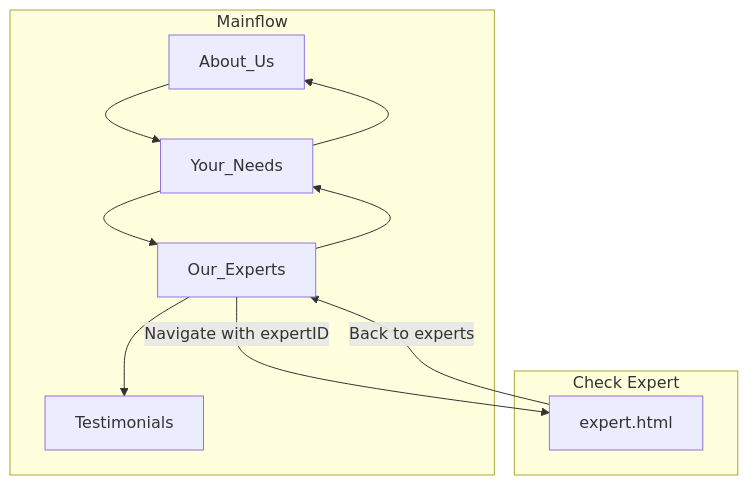
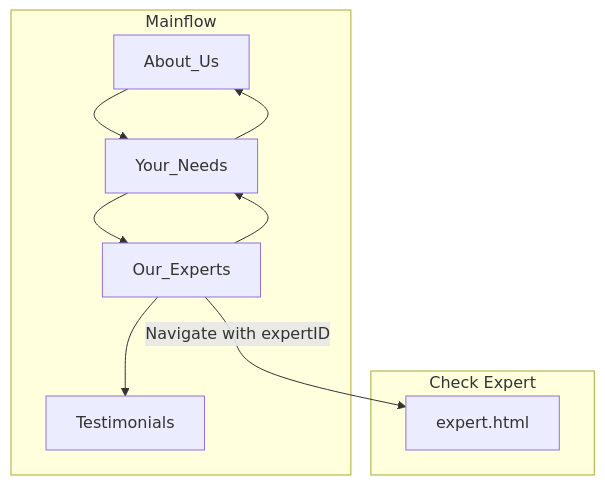
The diagram in learnings/markup.md (FAC29A/alex-portfolio), drawn with Mermaid before and after one commit.

````diff
--- a/learnings/markup.md
+++ b/learnings/markup.md
@@ -32,15 +32,15 @@
 ```mermaid
 graph TD;
 
     subgraph Mainflow
         About_Us-->Your_Needs;
         Your_Needs-->Our_Experts & About_Us;
         Our_Experts-->Testimonials & Your_Needs;
     end
 
     subgraph Check Expert
         Our_Experts-->|Navigate with expertID|expert.html;
     end
 
-    expert.html-->|Back to experts|Our_Experts;
+   
 ```
````
